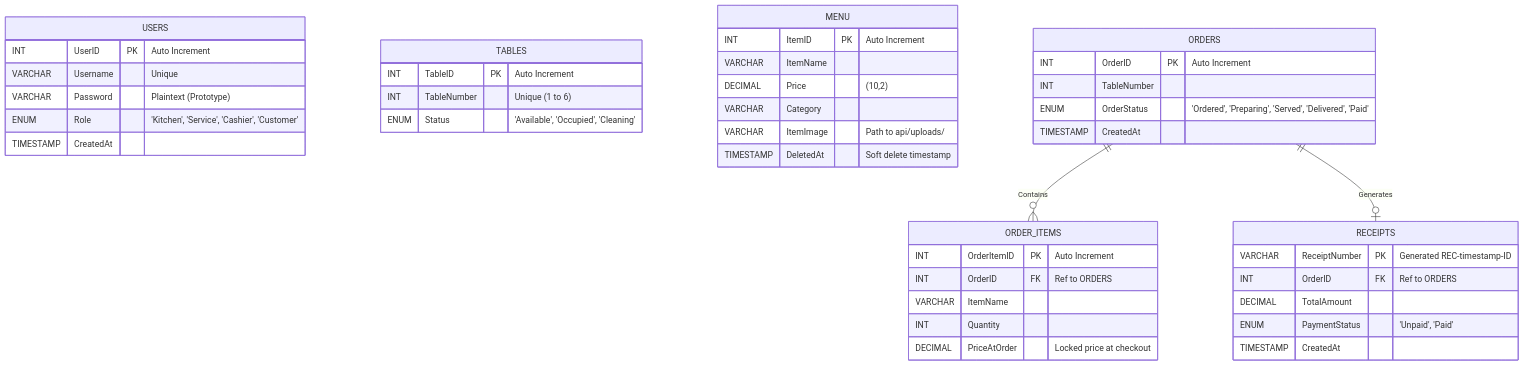
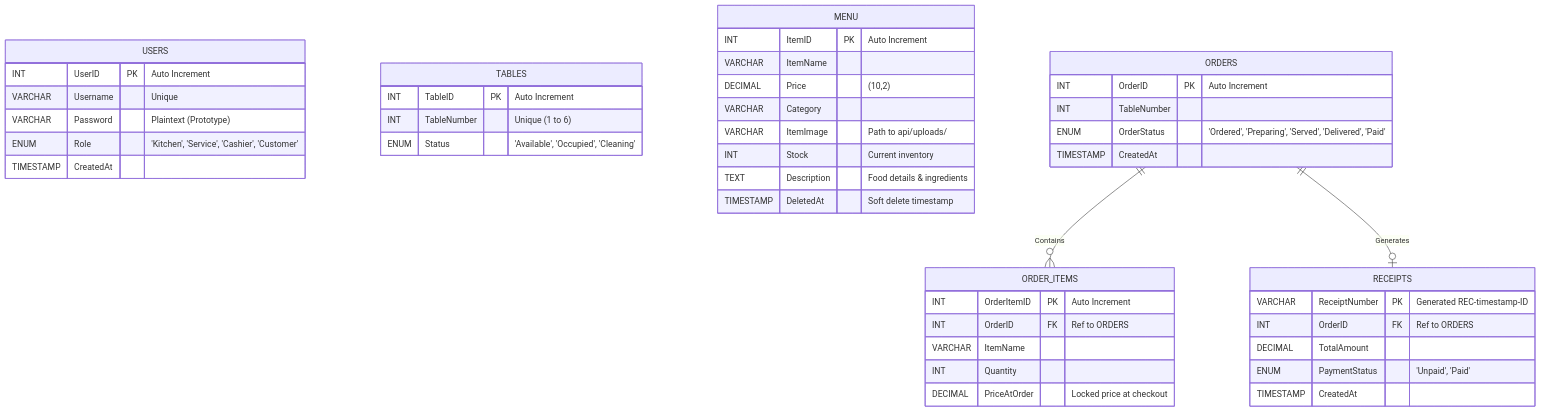
Before and after one commit to YoursTrulyInarius/Sikwate_QR: the diagram in README.md, drawn with Mermaid. The commit also changed other lines of this file and 9 other files, not shown here.

````diff
--- a/README.md
+++ b/README.md
@@ -64,51 +64,53 @@
 ```mermaid
 erDiagram
     USERS {
         INT UserID PK "Auto Increment"
         VARCHAR Username "Unique"
         VARCHAR Password "Plaintext (Prototype)"
         ENUM Role "'Kitchen', 'Service', 'Cashier', 'Customer'"
         TIMESTAMP CreatedAt
     }
 
     TABLES {
         INT TableID PK "Auto Increment"
         INT TableNumber "Unique (1 to 6)"
         ENUM Status "'Available', 'Occupied', 'Cleaning'"
     }
 
     MENU {
         INT ItemID PK "Auto Increment"
         VARCHAR ItemName
         DECIMAL Price "(10,2)"
         VARCHAR Category
         VARCHAR ItemImage "Path to api/uploads/"
+        INT Stock "Current inventory"
+        TEXT Description "Food details & ingredients"
         TIMESTAMP DeletedAt "Soft delete timestamp"
     }
 
     ORDERS {
         INT OrderID PK "Auto Increment"
         INT TableNumber
         ENUM OrderStatus "'Ordered', 'Preparing', 'Served', 'Delivered', 'Paid'"
         TIMESTAMP CreatedAt
     }
 
     ORDER_ITEMS {
         INT OrderItemID PK "Auto Increment"
         INT OrderID FK "Ref to ORDERS"
         VARCHAR ItemName
         INT Quantity
         DECIMAL PriceAtOrder "Locked price at checkout"
     }
 
     RECEIPTS {
         VARCHAR ReceiptNumber PK "Generated REC-timestamp-ID"
         INT OrderID FK "Ref to ORDERS"
         DECIMAL TotalAmount
         ENUM PaymentStatus "'Unpaid', 'Paid'"
         TIMESTAMP CreatedAt
     }
 
     ORDERS ||--o{ ORDER_ITEMS : "Contains"
     ORDERS ||--o| RECEIPTS : "Generates"
 ```
````
